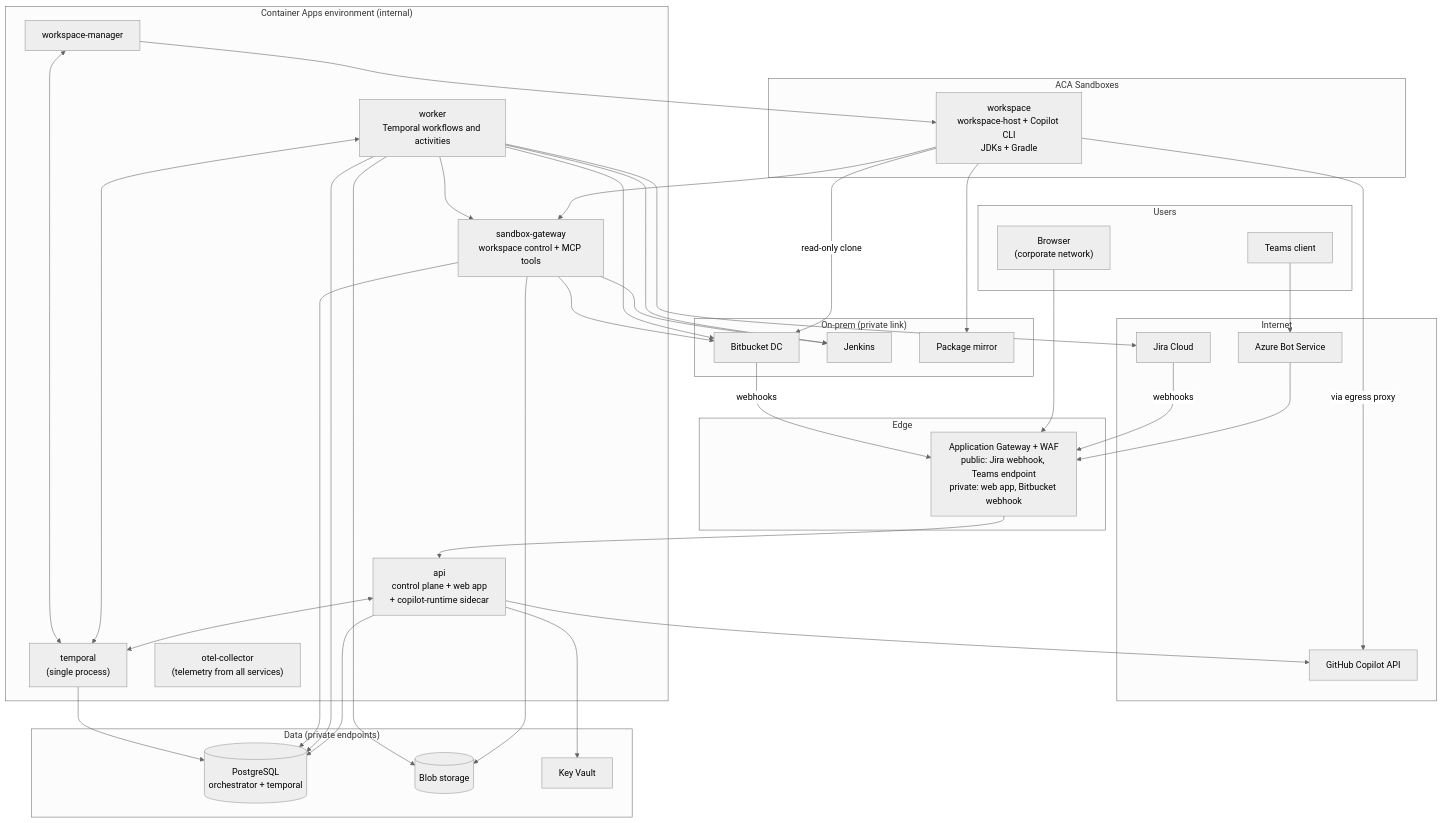
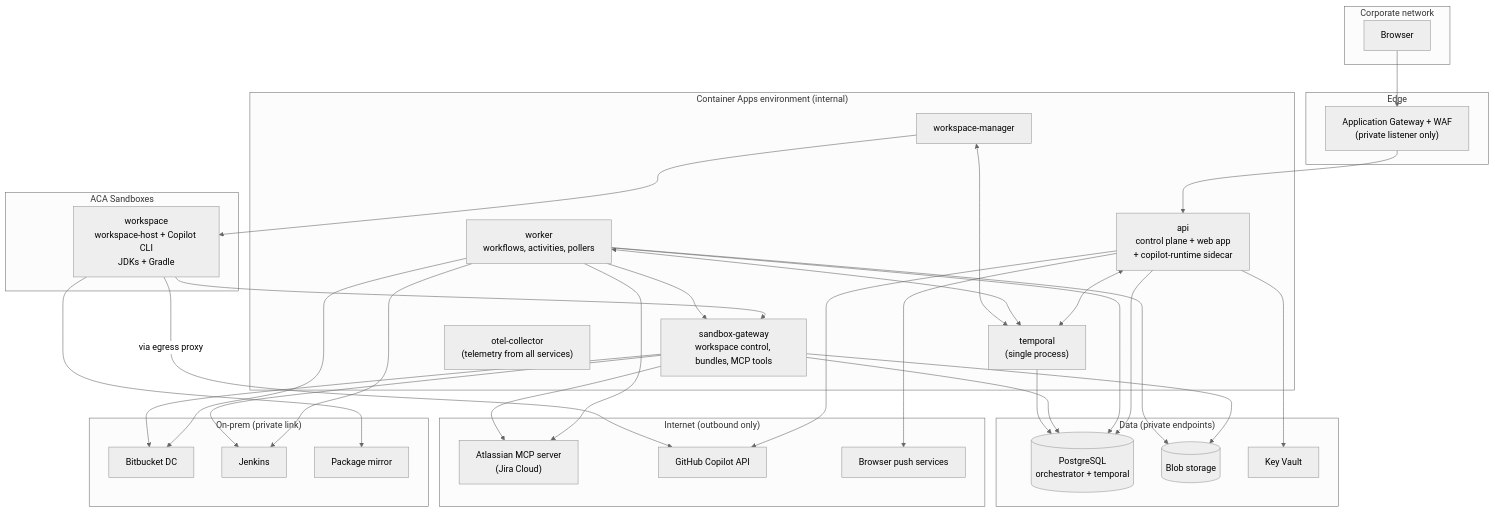
The second of 7 diagrams in docs/architecture.md (luigi-lt/orchestrator), drawn with Mermaid (neutral theme) before and after one commit. The commit also changed other lines of this file and 2 other files, not shown here.

````diff
--- a/docs/architecture.md
+++ b/docs/architecture.md
@@ -125,62 +133,59 @@
 ```mermaid
 flowchart TB
-  subgraph users["Users"]
-    web["Browser<br/>(corporate network)"]
-    teams["Teams client"]
+  subgraph users["Corporate network"]
+    web["Browser"]
   end
-  subgraph internet["Internet"]
-    jira["Jira Cloud"]
-    bot["Azure Bot Service"]
+  subgraph internet["Internet (outbound only)"]
+    mcp["Atlassian MCP server<br/>(Jira Cloud)"]
     copilot["GitHub Copilot API"]
+    push["Browser push services"]
   end
   subgraph edge["Edge"]
-    agw["Application Gateway + WAF<br/>public: Jira webhook, Teams endpoint<br/>private: web app, Bitbucket webhook"]
+    agw["Application Gateway + WAF<br/>(private listener only)"]
   end
   subgraph aca["Container Apps environment (internal)"]
     api["api<br/>control plane + web app<br/>+ copilot-runtime sidecar"]
-    wrk["worker<br/>Temporal workflows and activities"]
+    wrk["worker<br/>workflows, activities, pollers"]
     wsm["workspace-manager"]
-    sgw["sandbox-gateway<br/>workspace control + MCP tools"]
+    sgw["sandbox-gateway<br/>workspace control, bundles, MCP tools"]
     tmp["temporal<br/>(single process)"]
     otc["otel-collector<br/>(telemetry from all services)"]
   end
   subgraph sbx["ACA Sandboxes"]
     ws["workspace<br/>workspace-host + Copilot CLI<br/>JDKs + Gradle"]
   end
   subgraph data["Data (private endpoints)"]
     pg[("PostgreSQL<br/>orchestrator + temporal")]
     blob[("Blob storage")]
     kv["Key Vault"]
   end
   subgraph onprem["On-prem (private link)"]
     bb["Bitbucket DC"]
     jen["Jenkins"]
     mir["Package mirror"]
   end
   web --> agw --> api
-  teams --> bot --> agw
-  jira -->|"webhooks"| agw
-  wrk --> jira
+  api --> push
   api --> copilot
-  ws -->|"via egress proxy"| copilot
   api --> kv
   api <--> tmp
   wrk <--> tmp
   wsm <--> tmp
+  wrk --> mcp
+  sgw --> mcp
+  wrk --> bb
+  wrk --> jen
+  sgw --> bb
+  sgw --> jen
   wsm --> ws
   ws --> sgw
+  ws -->|"via egress proxy"| copilot
+  ws --> mir
   wrk --> sgw
   api --> pg
   wrk --> pg
   sgw --> pg
   tmp --> pg
   sgw --> blob
   wrk --> blob
-  wrk --> bb
-  wrk --> jen
-  sgw --> jen
-  sgw --> bb
-  ws -->|"read-only clone"| bb
-  ws --> mir
-  bb -->|"webhooks"| agw
 ```
````
